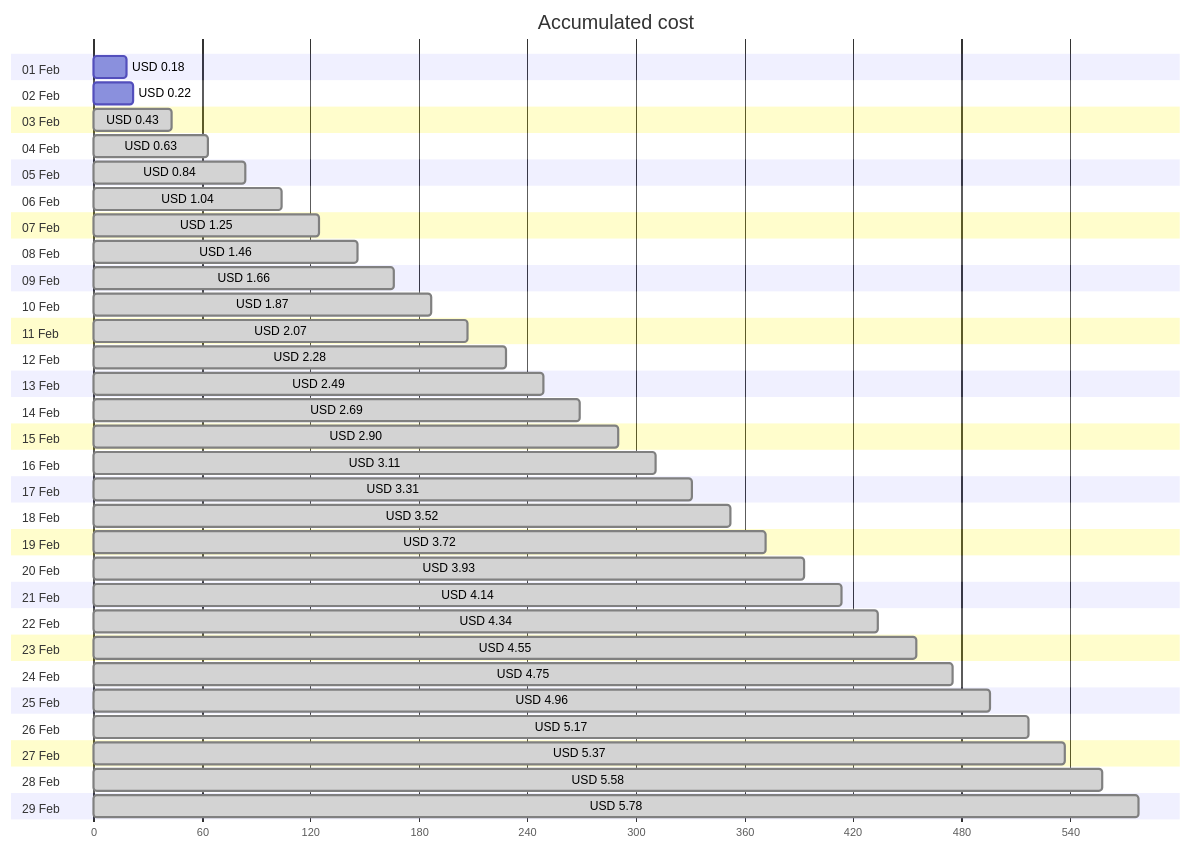
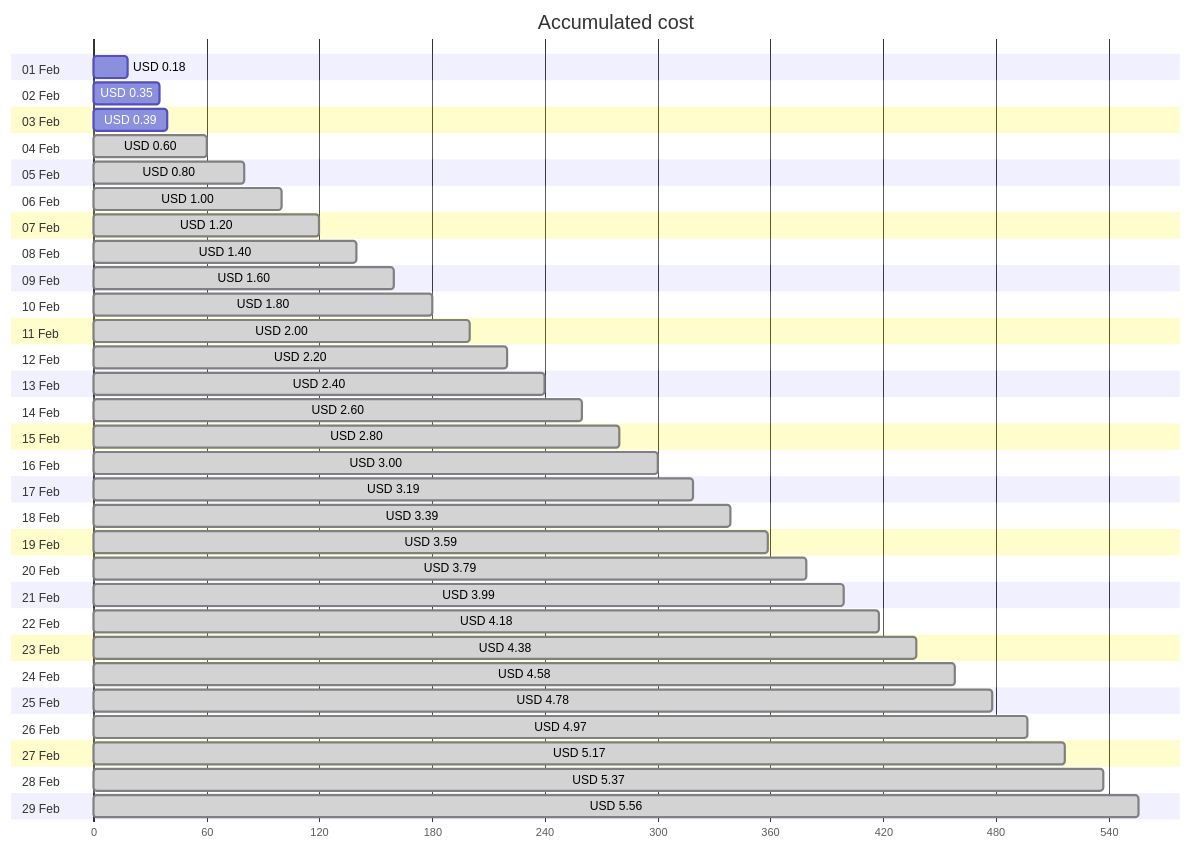
One commit to jpfulton/azure-personal-reports changed the first of 4 diagrams in cost-reports/personal-network/backup-server.md. Above: the diagram before and after it, drawn with Mermaid. The commit also changed other lines of this file and 8 other files, not shown here.

````diff
--- a/cost-reports/personal-network/backup-server.md
+++ b/cost-reports/personal-network/backup-server.md
@@ -20,64 +20,64 @@
 ```mermaid
 gantt
    title Accumulated cost
    dateFormat  X
    axisFormat %s
    section 01 Feb
    USD 0.18 :0, 18
    section 02 Feb
-   USD 0.22 :0, 22
+   USD 0.35 :0, 35
    section 03 Feb
-   USD 0.43 : done, 0, 43
+   USD 0.39 :0, 39
    section 04 Feb
-   USD 0.63 : done, 0, 63
+   USD 0.60 : done, 0, 60
    section 05 Feb
-   USD 0.84 : done, 0, 84
+   USD 0.80 : done, 0, 80
    section 06 Feb
-   USD 1.04 : done, 0, 104
+   USD 1.00 : done, 0, 100
    section 07 Feb
-   USD 1.25 : done, 0, 125
+   USD 1.20 : done, 0, 120
    section 08 Feb
-   USD 1.46 : done, 0, 146
+   USD 1.40 : done, 0, 140
    section 09 Feb
-   USD 1.66 : done, 0, 166
+   USD 1.60 : done, 0, 160
    section 10 Feb
-   USD 1.87 : done, 0, 187
+   USD 1.80 : done, 0, 180
    section 11 Feb
-   USD 2.07 : done, 0, 207
+   USD 2.00 : done, 0, 200
    section 12 Feb
-   USD 2.28 : done, 0, 228
+   USD 2.20 : done, 0, 220
    section 13 Feb
-   USD 2.49 : done, 0, 249
+   USD 2.40 : done, 0, 240
    section 14 Feb
-   USD 2.69 : done, 0, 269
+   USD 2.60 : done, 0, 260
    section 15 Feb
-   USD 2.90 : done, 0, 290
+   USD 2.80 : done, 0, 280
    section 16 Feb
-   USD 3.11 : done, 0, 311
+   USD 3.00 : done, 0, 300
    section 17 Feb
-   USD 3.31 : done, 0, 331
+   USD 3.19 : done, 0, 319
    section 18 Feb
-   USD 3.52 : done, 0, 352
+   USD 3.39 : done, 0, 339
    section 19 Feb
-   USD 3.72 : done, 0, 372
+   USD 3.59 : done, 0, 359
    section 20 Feb
-   USD 3.93 : done, 0, 393
+   USD 3.79 : done, 0, 379
    section 21 Feb
-   USD 4.14 : done, 0, 414
+   USD 3.99 : done, 0, 399
    section 22 Feb
-   USD 4.34 : done, 0, 434
+   USD 4.18 : done, 0, 418
    section 23 Feb
-   USD 4.55 : done, 0, 455
+   USD 4.38 : done, 0, 438
    section 24 Feb
-   USD 4.75 : done, 0, 475
+   USD 4.58 : done, 0, 458
    section 25 Feb
-   USD 4.96 : done, 0, 496
+   USD 4.78 : done, 0, 478
    section 26 Feb
+   USD 4.97 : done, 0, 497
+   section 27 Feb
    USD 5.17 : done, 0, 517
-   section 27 Feb
+   section 28 Feb
    USD 5.37 : done, 0, 537
-   section 28 Feb
-   USD 5.58 : done, 0, 558
    section 29 Feb
-   USD 5.78 : done, 0, 578
+   USD 5.56 : done, 0, 556
 ```
````
